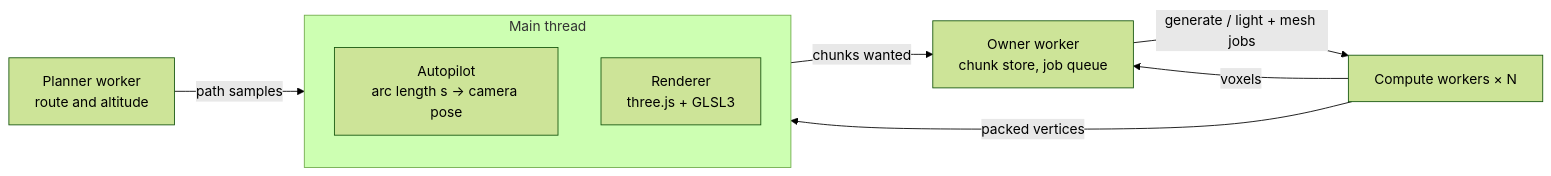
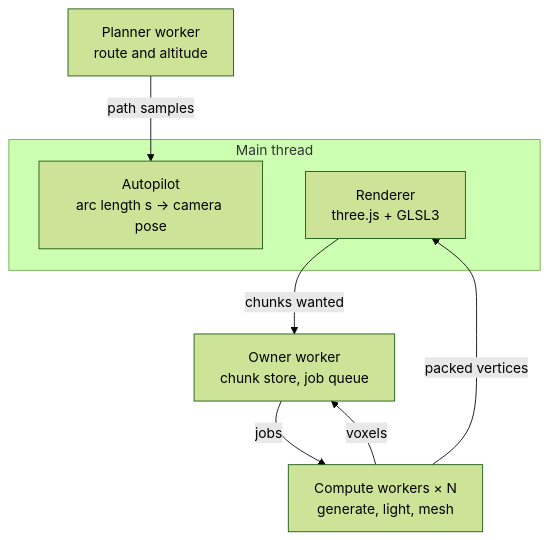
The diagram in README.md (ponyo877/endless-blocks), drawn with Mermaid (forest theme) before and after one commit.

Commit message:
docs: lay out the architecture diagram top to bottom

````diff
--- a/README.md
+++ b/README.md
@@ -87,13 +87,15 @@
 ```mermaid
-flowchart LR
+flowchart TB
+  planner["Planner worker<br/>route and altitude"]
   subgraph main["Main thread"]
-    direction TB
     pilot["Autopilot<br/>arc length s → camera pose"]
     gl["Renderer<br/>three.js + GLSL3"]
   end
-  planner["Planner worker<br/>route and altitude"] -- "path samples" --> pilot
-  gl -- "chunks wanted" --> owner["Owner worker<br/>chunk store, job queue"]
-  owner -- "generate / light + mesh jobs" --> compute["Compute workers × N"]
+  owner["Owner worker<br/>chunk store, job queue"]
+  compute["Compute workers × N<br/>generate, light, mesh"]
+  planner -- "path samples" --> pilot
+  gl -- "chunks wanted" --> owner
+  owner -- "jobs" --> compute
   compute -- "voxels" --> owner
   compute -- "packed vertices" --> gl
 ```
````
